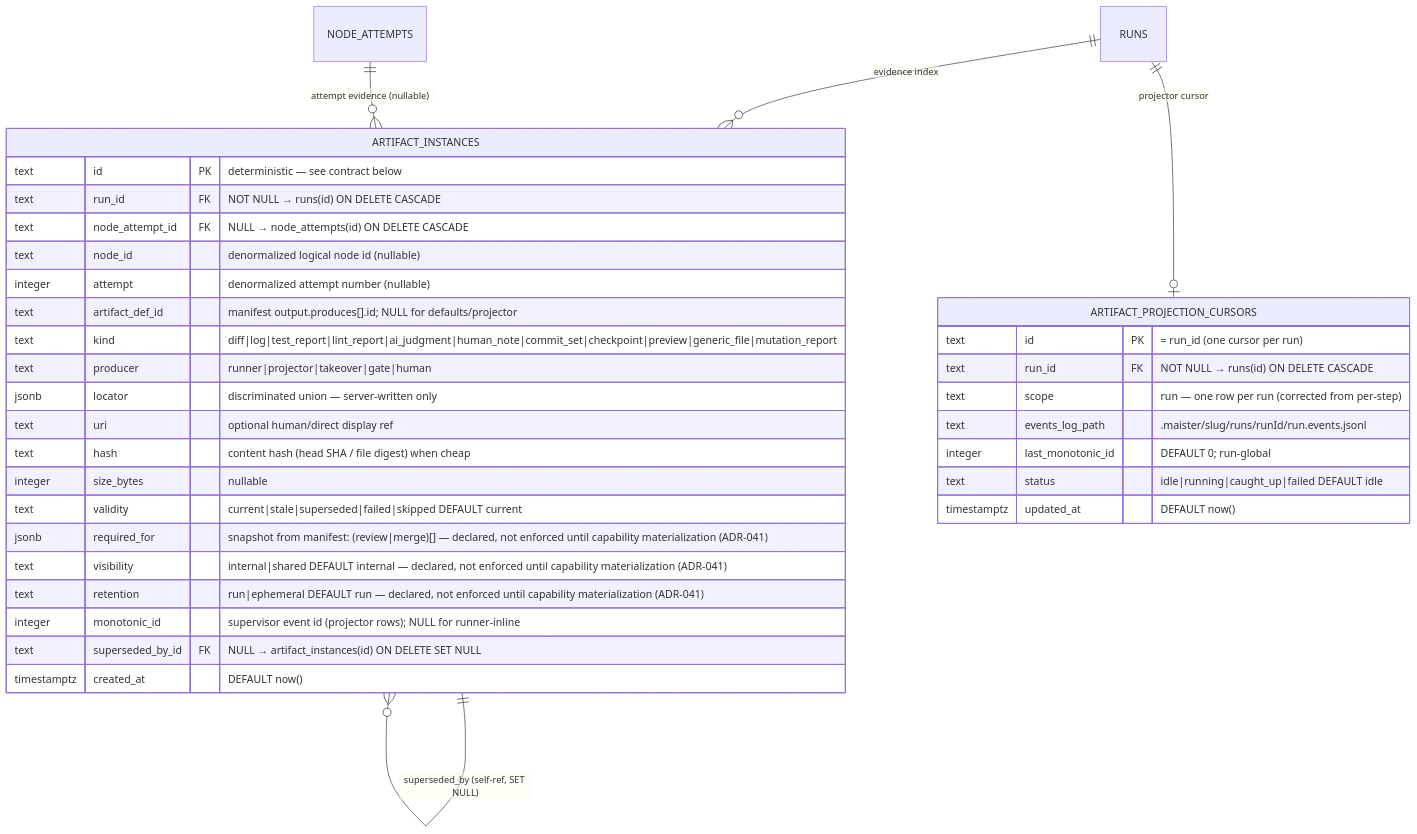
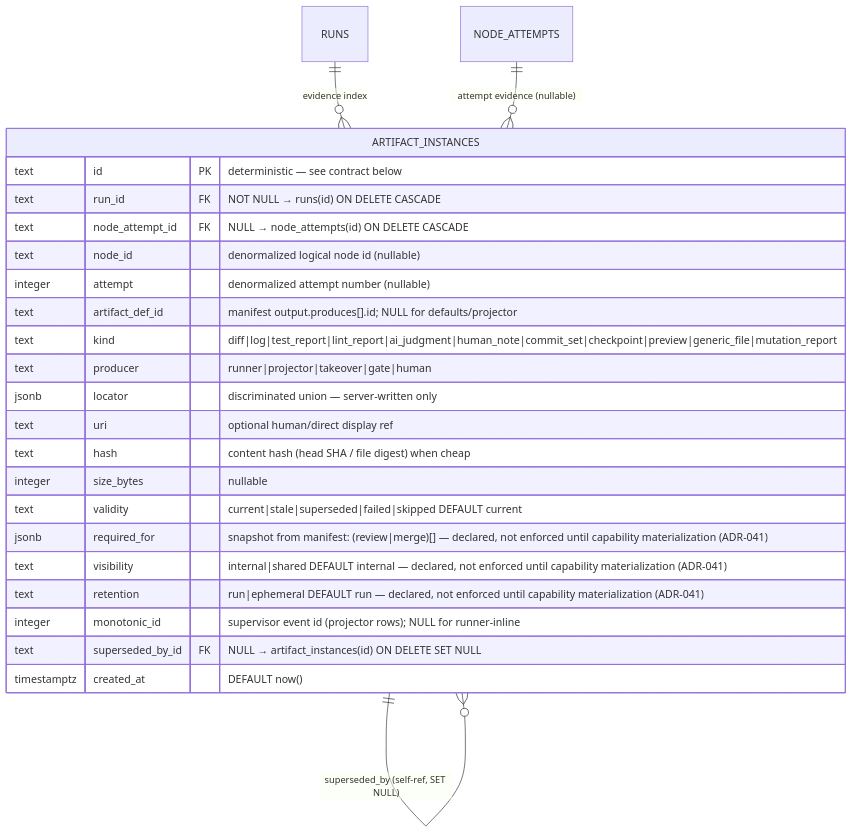
One commit to maister-dev/maister changed the diagram in docs/db/artifacts-domain.md. Above: the diagram before and after it, drawn with Mermaid. The commit also changed other lines of this file and 41 other files, not shown here.

````diff
--- a/docs/db/artifacts-domain.md
+++ b/docs/db/artifacts-domain.md
@@ -12,39 +14,29 @@
 ```mermaid
 erDiagram
     RUNS ||--o{ ARTIFACT_INSTANCES : "evidence index"
-    RUNS ||--o| ARTIFACT_PROJECTION_CURSORS : "projector cursor"
     NODE_ATTEMPTS ||--o{ ARTIFACT_INSTANCES : "attempt evidence (nullable)"
     ARTIFACT_INSTANCES ||--o{ ARTIFACT_INSTANCES : "superseded_by (self-ref, SET NULL)"
 
     ARTIFACT_INSTANCES {
         text id PK "deterministic — see contract below"
         text run_id FK "NOT NULL → runs(id) ON DELETE CASCADE"
         text node_attempt_id FK "NULL → node_attempts(id) ON DELETE CASCADE"
         text node_id "denormalized logical node id (nullable)"
         integer attempt "denormalized attempt number (nullable)"
         text artifact_def_id "manifest output.produces[].id; NULL for defaults/projector"
         text kind "diff|log|test_report|lint_report|ai_judgment|human_note|commit_set|checkpoint|preview|generic_file|mutation_report"
         text producer "runner|projector|takeover|gate|human"
         jsonb locator "discriminated union — server-written only"
         text uri "optional human/direct display ref"
         text hash "content hash (head SHA / file digest) when cheap"
         integer size_bytes "nullable"
         text validity "current|stale|superseded|failed|skipped DEFAULT current"
         jsonb required_for "snapshot from manifest: (review|merge)[] — declared, not enforced until capability materialization (ADR-041)"
         text visibility "internal|shared DEFAULT internal — declared, not enforced until capability materialization (ADR-041)"
         text retention "run|ephemeral DEFAULT run — declared, not enforced until capability materialization (ADR-041)"
         integer monotonic_id "supervisor event id (projector rows); NULL for runner-inline"
         text superseded_by_id FK "NULL → artifact_instances(id) ON DELETE SET NULL"
         timestamptz created_at "DEFAULT now()"
     }
 
-    ARTIFACT_PROJECTION_CURSORS {
-        text id PK "= run_id (one cursor per run)"
-        text run_id FK "NOT NULL → runs(id) ON DELETE CASCADE"
-        text scope "run — one row per run (corrected from per-step)"
-        text events_log_path ".maister/slug/runs/runId/run.events.jsonl"
-        integer last_monotonic_id "DEFAULT 0; run-global"
-        text status "idle|running|caught_up|failed DEFAULT idle"
-        timestamptz updated_at "DEFAULT now()"
-    }
 ```
````
